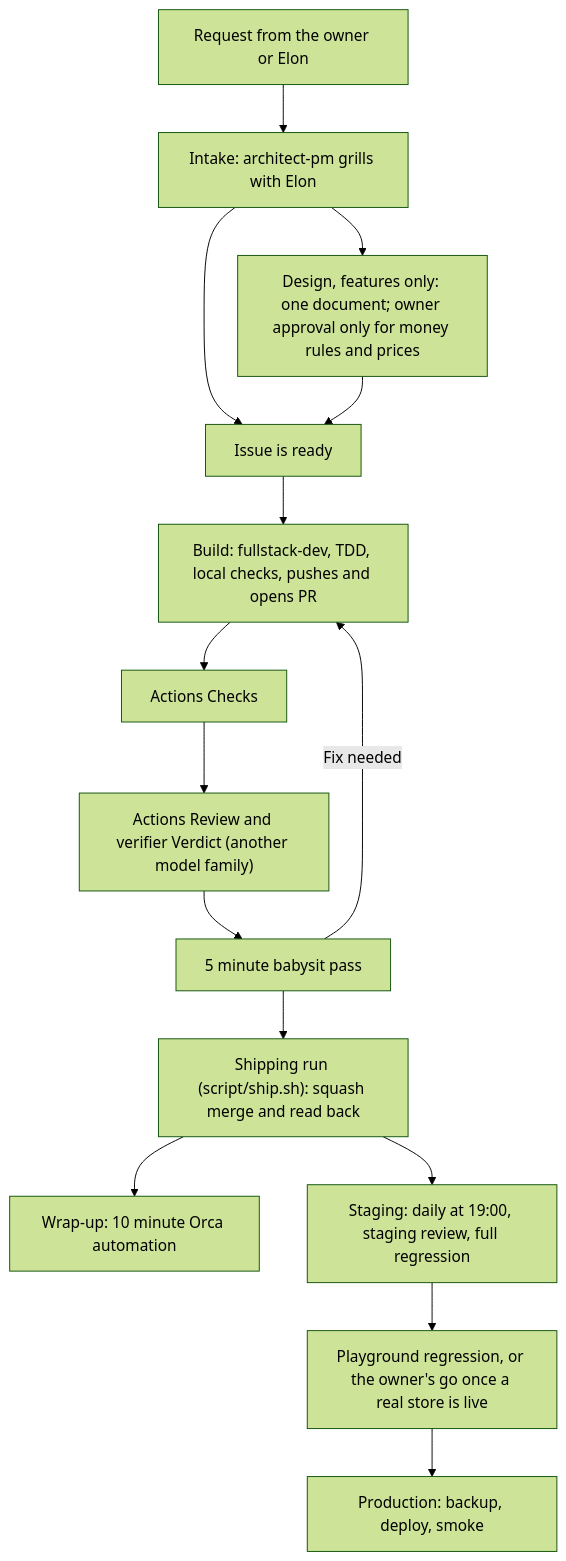
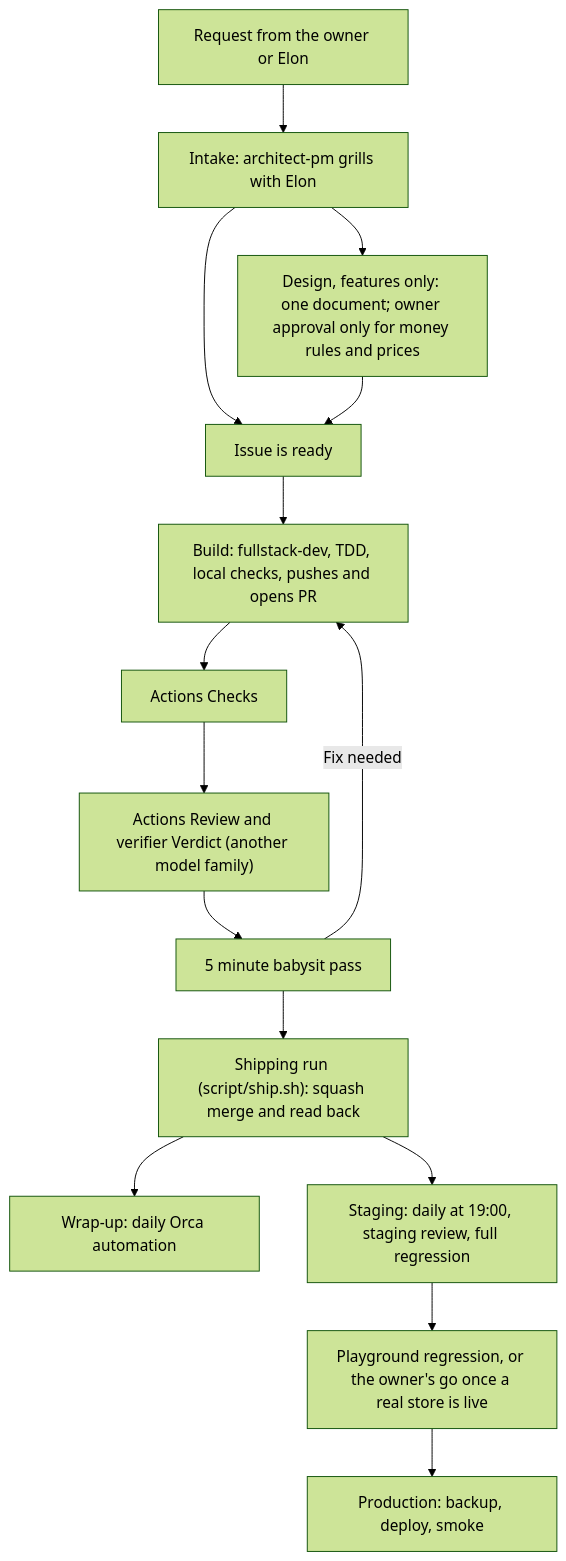
Before and after one commit to mingster/dotfiles: the diagram in docs/agents/team-reference.md, drawn with Mermaid (forest theme). The commit also changed other lines of this file and 11 other files, not shown here.

````diff
--- a/docs/agents/team-reference.md
+++ b/docs/agents/team-reference.md
@@ -42,15 +42,15 @@
 ```mermaid
 flowchart TD
     Req["Request from the owner or Elon"] --> Intake["Intake: architect-pm grills with Elon"]
     Intake --> Design["Design, features only: one document; owner approval only for money rules and prices"]
     Intake & Design --> Ready["Issue is ready"]
     Ready --> Build["Build: fullstack-dev, TDD, local checks, pushes and opens PR"]
     Build --> Checks["Actions Checks"]
     Checks --> Review["Actions Review and verifier Verdict (another model family)"]
     Review --> Babysit["5 minute babysit pass"]
     Babysit -->|"Fix needed"| Build
     Babysit --> Ship["Shipping run (script/ship.sh): squash merge and read back"]
-    Ship --> Wrap["Wrap-up: 10 minute Orca automation"]
+    Ship --> Wrap["Wrap-up: daily Orca automation"]
     Ship --> Staging["Staging: daily at 19:00, staging review, full regression"]
     Staging --> Go["Playground regression, or the owner's go once a real store is live"] --> Prod["Production: backup, deploy, smoke"]
 ```
````
